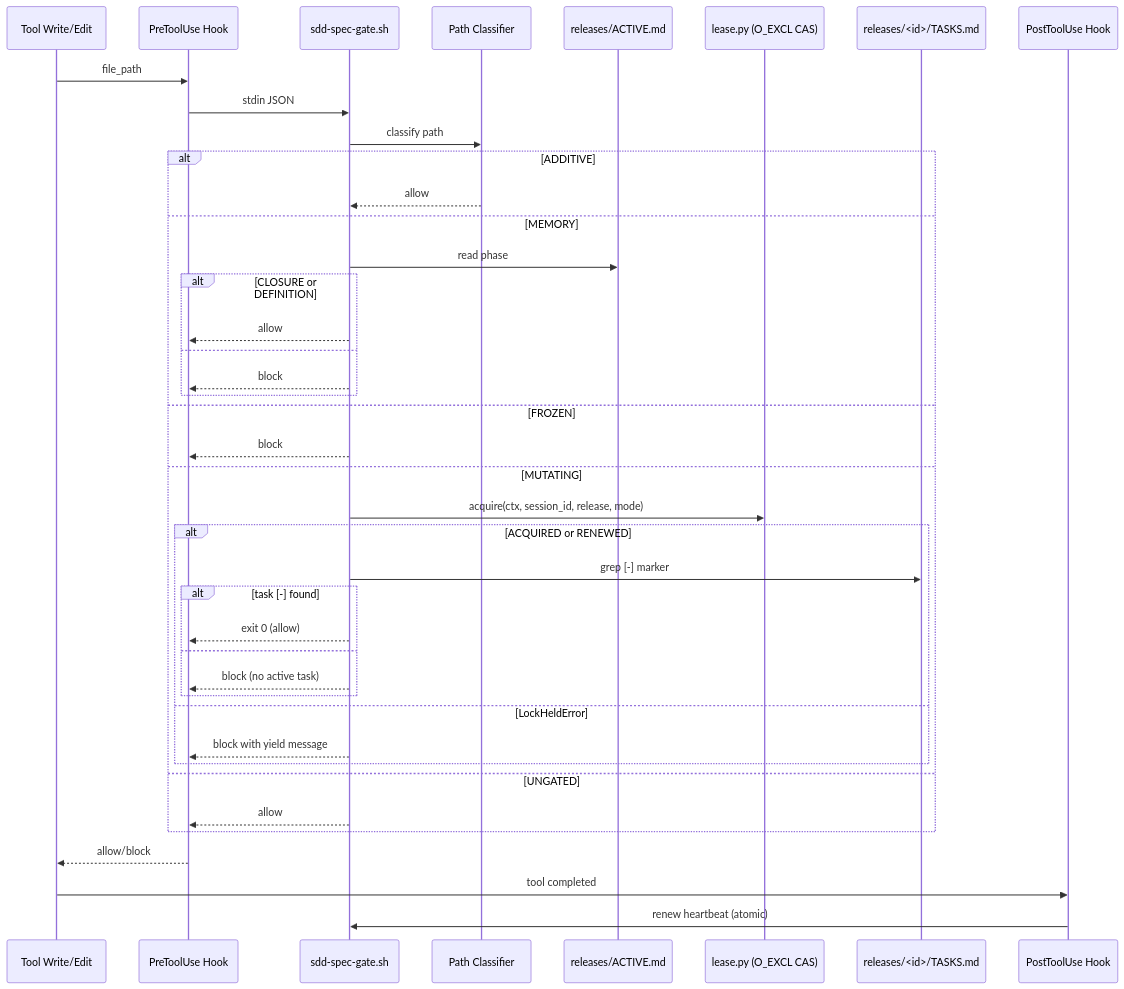
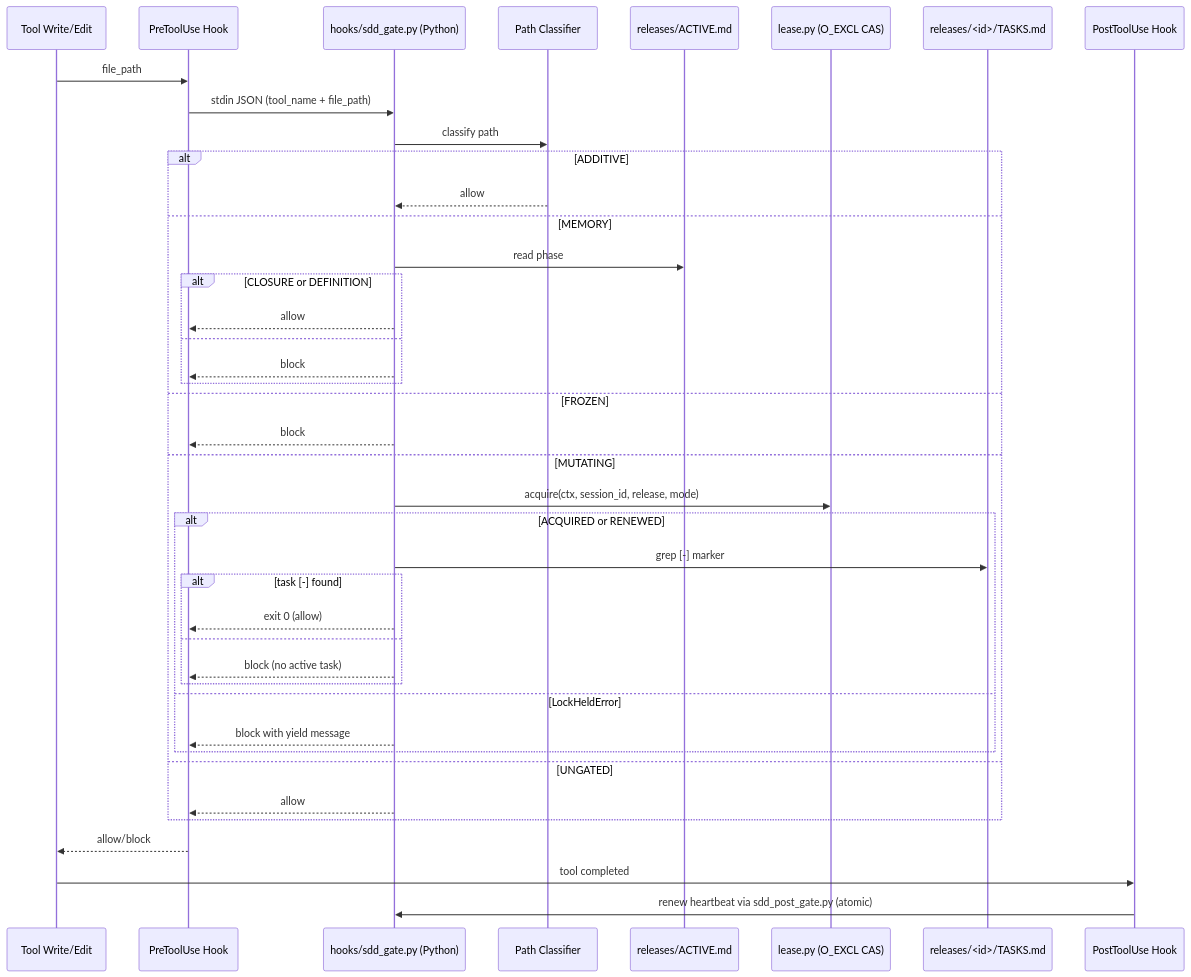
Before and after one commit to marcoaureliomenezes/dadaia-workspace: the diagram in specs/memory/product/sdd/sdd-gate-v3.md, drawn with Mermaid. The commit also changed other lines of this file and 38 other files, not shown here.

````diff
--- a/specs/memory/product/sdd/sdd-gate-v3.md
+++ b/specs/memory/product/sdd/sdd-gate-v3.md
@@ -73,43 +73,43 @@
 ```mermaid
 sequenceDiagram
     participant T as Tool Write/Edit
     participant PreH as PreToolUse Hook
-    participant G as sdd-spec-gate.sh
+    participant G as hooks/sdd_gate.py (Python)
     participant C as Path Classifier
     participant A as releases/ACTIVE.md
     participant L as lease.py (O_EXCL CAS)
     participant K as releases/<id>/TASKS.md
     participant PostH as PostToolUse Hook
     T->>PreH: file_path
-    PreH->>G: stdin JSON
+    PreH->>G: stdin JSON (tool_name + file_path)
     G->>C: classify path
     alt ADDITIVE
         C-->>G: allow
     else MEMORY
         G->>A: read phase
         alt CLOSURE or DEFINITION
             G-->>PreH: allow
         else
             G-->>PreH: block
         end
     else FROZEN
         G-->>PreH: block
     else MUTATING
         G->>L: acquire(ctx, session_id, release, mode)
         alt ACQUIRED or RENEWED
             G->>K: grep [-] marker
             alt task [-] found
                 G-->>PreH: exit 0 (allow)
             else
                 G-->>PreH: block (no active task)
             end
         else LockHeldError
             G-->>PreH: block with yield message
         end
     else UNGATED
         G-->>PreH: allow
     end
     PreH-->>T: allow/block
     T->>PostH: tool completed
-    PostH->>G: renew heartbeat (atomic)
+    PostH->>G: renew heartbeat via sdd_post_gate.py (atomic)
 ```
````
